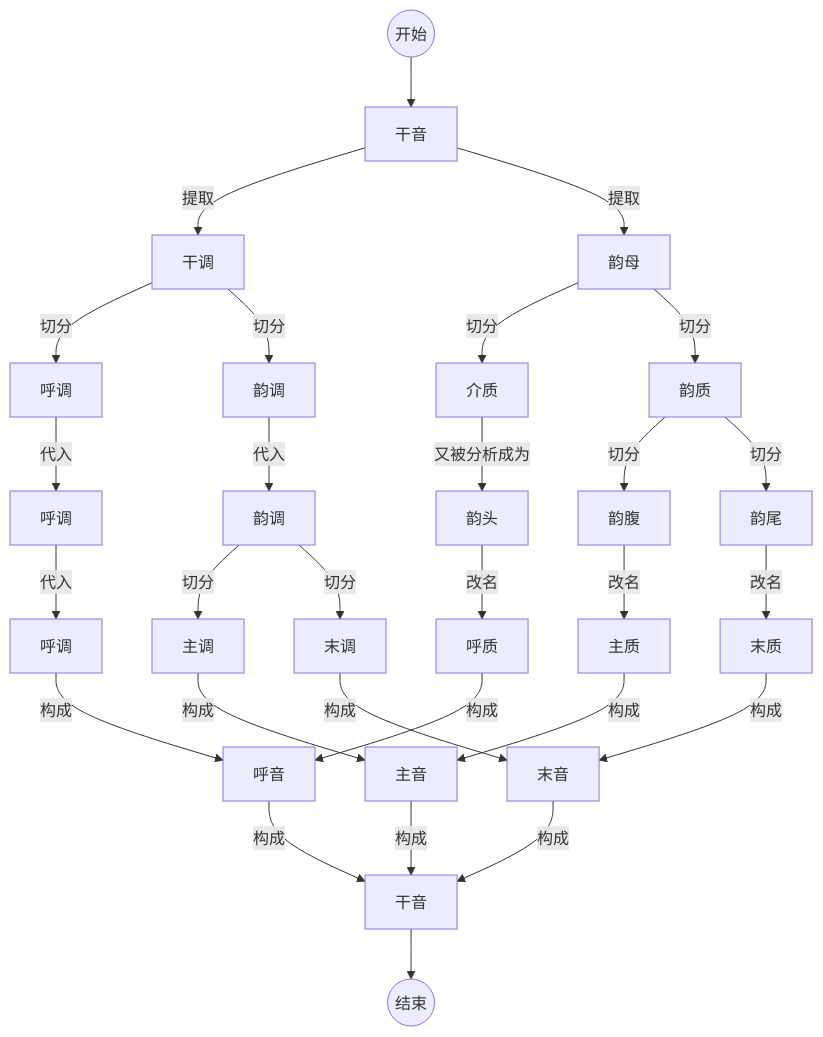
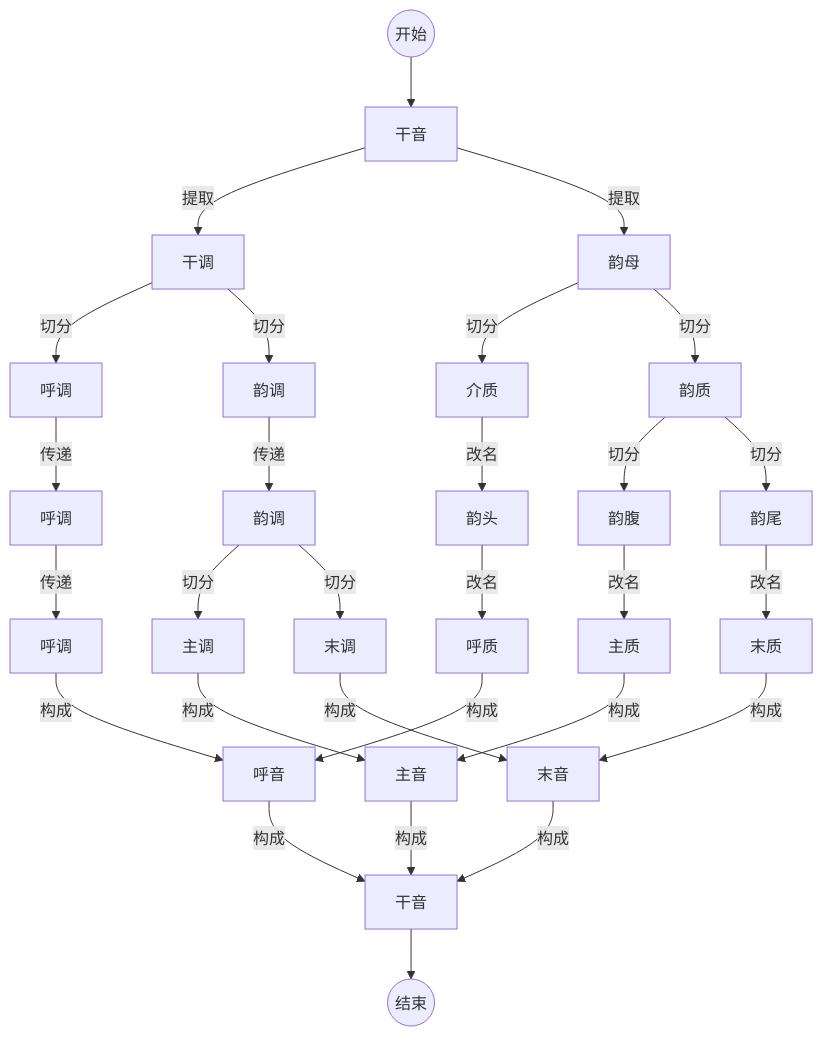
Before and after one commit to tsaanghwang/Yime-prototype: the diagram in YIME_Theory/flowchart/三质干音分析.mmd, drawn with Mermaid. The commit also changed 8 other files, not shown here.

```diff
--- a/YIME_Theory/flowchart/三质干音分析.mmd
+++ b/YIME_Theory/flowchart/三质干音分析.mmd
@@ -1,32 +1,32 @@
 graph TB
     Start((开始)) --> A[干音]
     A --> |提取|B[干调]
     A --> |提取|C[韵母]
     C --> |切分|D[介质]
     C --> |切分|E[韵质]
-    D --> |又被分析成为|F[韵头]
-    F --> |改名|F1[呼质]
+    D --> |改名|F[韵头]
     E --> |切分|G[韵腹]
-    G --> |改名|G1[主质]
     E --> |切分|H[韵尾]
-    H --> |改名|H1[末质]
-    B --> |切分|I[呼调]
-    B --> |切分|J[韵调]
-    J --> |代入|J1[韵调]
+    F --> |改名|I[呼质]
+    G --> |改名|J[主质]
+    H --> |改名|L[末质]
+    B --> |切分|M[呼调]
+    B --> |切分|N[韵调]
+    N --> |传递|O[韵调]
 
-    I --> |代入|I1[呼调]
-    J1 -->  |切分|L[主调]
-    J1 -->  |切分|M[末调]
+    M --> |传递|P[呼调]
+    P --> |传递|Q[呼调]
 
-    I1 --> |代入|I2[呼调]
+    O -->  |切分|R[主调]
+    O -->  |切分|S[末调]
 
-    I2 -->  |构成|N[呼音]
-    F1 -->  |构成|N
-    L -->  |构成|O[主音]
-    G1 -->  |构成|O
-    M -->  |构成|P[末音]
-    H1 -->  |构成|P
-    N -->  |构成|Q[干音]
-    O -->  |构成|Q
-    P -->  |构成|Q
-    Q --> End((结束))
+    Q -->  |构成|T[呼音]
+    I -->  |构成|T
+    R -->  |构成|U[主音]
+    J -->  |构成|U
+    S -->  |构成|V[末音]
+    L -->  |构成|V
+    T -->  |构成|W[干音]
+    U -->  |构成|W
+    V -->  |构成|W
+    W --> End((结束))
```
